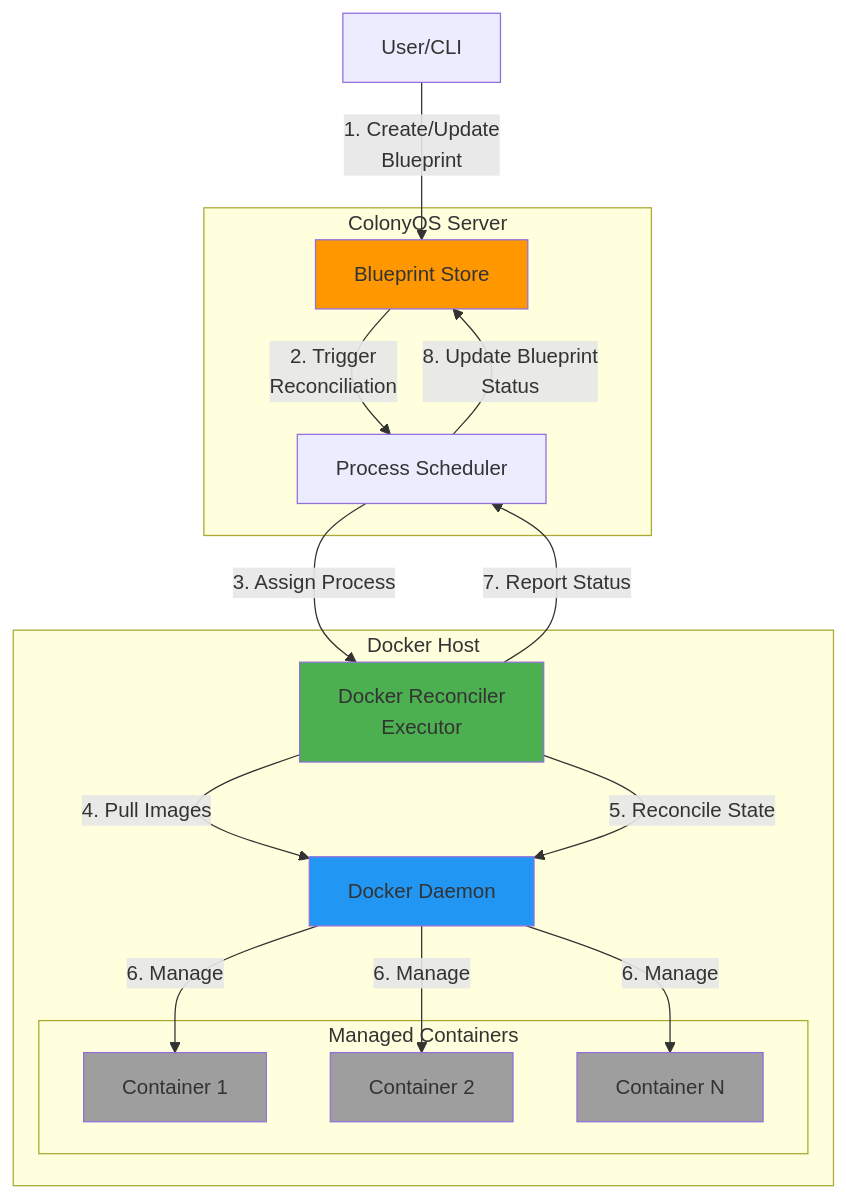
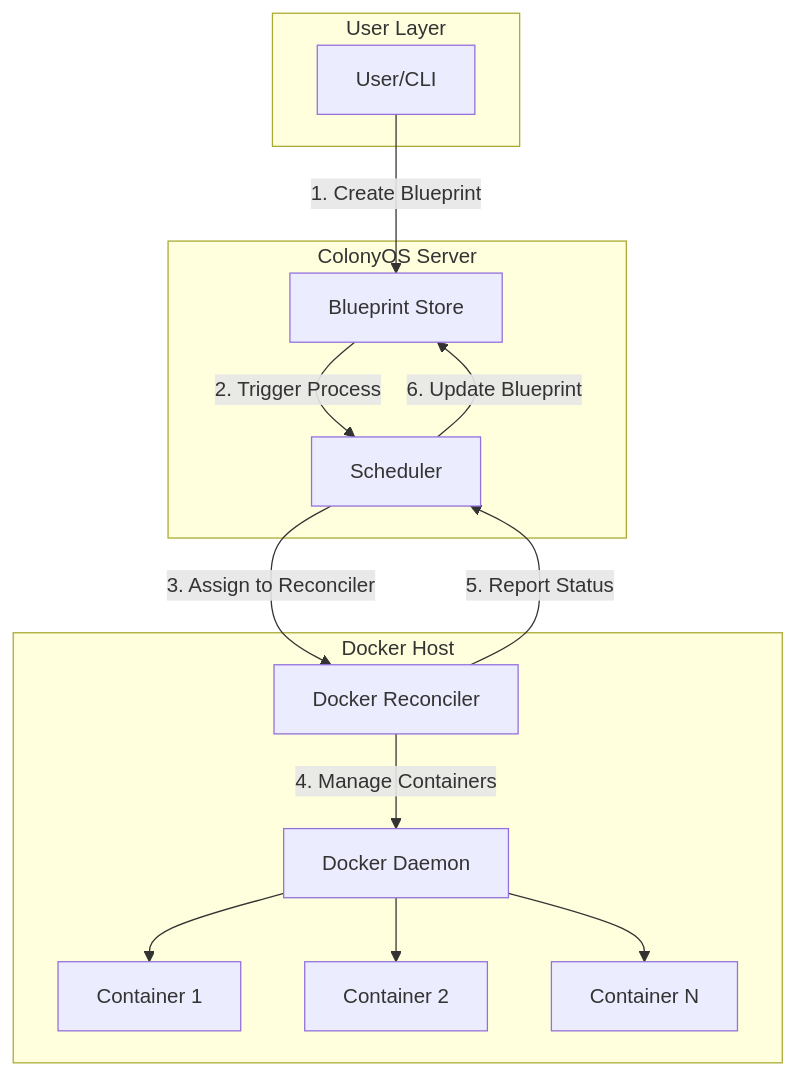
The first of 2 diagrams in docker-reconciler/README.md (JosefVilestadGit/executors), drawn with Mermaid before and after one commit. The commit also changed other lines of this file, not shown here.

````diff
--- a/docker-reconciler/README.md
+++ b/docker-reconciler/README.md
@@ -22,36 +98,29 @@
 ```mermaid
-graph TB
-    subgraph "ColonyOS Server"
-        BS[Blueprint Store]
-        PS[Process Scheduler]
+flowchart TB
+    subgraph User Layer
+        U[User/CLI]
     end
 
-    subgraph "Docker Host"
-        DR[Docker Reconciler<br/>Executor]
-        DD[Docker Daemon]
-
-        subgraph "Managed Containers"
-            C1[Container 1]
-            C2[Container 2]
-            C3[Container N]
-        end
+    subgraph ColonyOS Server
+        B[Blueprint Store]
+        S[Scheduler]
     end
 
-    User[User/CLI] -->|1. Create/Update<br/>Blueprint| BS
-    BS -->|2. Trigger<br/>Reconciliation| PS
-    PS -->|3. Assign Process| DR
-    DR -->|4. Pull Images| DD
-    DR -->|5. Reconcile State| DD
-    DD -->|6. Manage| C1
-    DD -->|6. Manage| C2
-    DD -->|6. Manage| C3
-    DR -->|7. Report Status| PS
-    PS -->|8. Update Blueprint<br/>Status| BS
+    subgraph Docker Host
+        R[Docker Reconciler]
+        D[Docker Daemon]
+        C1[Container 1]
+        C2[Container 2]
+        C3[Container N]
+    end
 
-    style DR fill:#4CAF50
-    style DD fill:#2196F3
-    style BS fill:#FF9800
-    style C1 fill:#9E9E9E
-    style C2 fill:#9E9E9E
-    style C3 fill:#9E9E9E
+    U -->|1. Create Blueprint| B
+    B -->|2. Trigger Process| S
+    S -->|3. Assign to Reconciler| R
+    R -->|4. Manage Containers| D
+    D --> C1
+    D --> C2
+    D --> C3
+    R -->|5. Report Status| S
+    S -->|6. Update Blueprint| B
 ```
````
